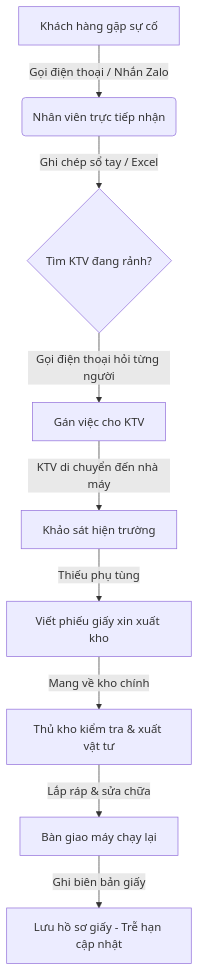
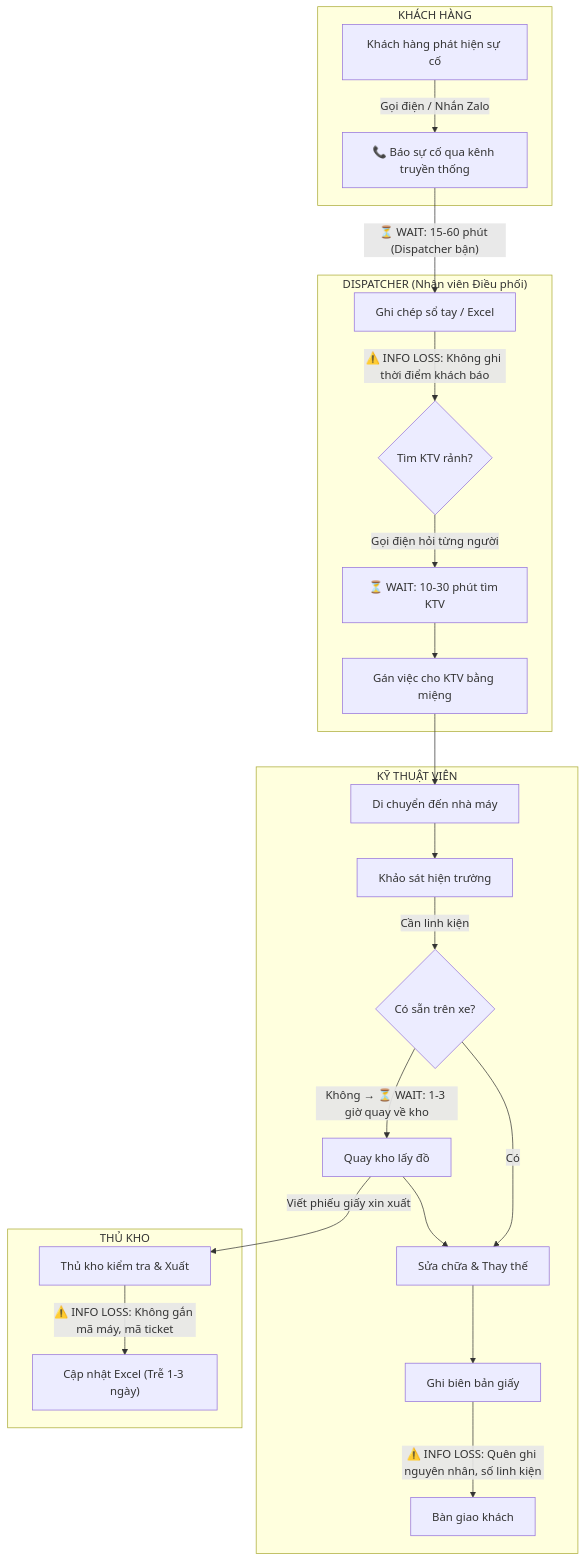
Before and after one commit to Baronger23/ERP.SmartHelpDesk: the first of 5 diagrams in docs/reports/midterm_report.md, drawn with Mermaid. The commit also changed other lines of this file and 23 other files, not shown here.

````diff
--- a/docs/reports/midterm_report.md
+++ b/docs/reports/midterm_report.md
@@ -72,11 +142,29 @@
 ```mermaid
 graph TD
-    A[Khách hàng gặp sự cố] -->|Gọi điện thoại / Nhắn Zalo| B(Nhân viên trực tiếp nhận)
-    B -->|Ghi chép sổ tay / Excel| C{Tìm KTV đang rảnh?}
-    C -->|Gọi điện thoại hỏi từng người| D[Gán việc cho KTV]
-    D -->|KTV di chuyển đến nhà máy| E[Khảo sát hiện trường]
-    E -->|Thiếu phụ tùng| F[Viết phiếu giấy xin xuất kho]
-    F -->|Mang về kho chính| G[Thủ kho kiểm tra & xuất vật tư]
-    G -->|Lắp ráp & sửa chữa| H[Bàn giao máy chạy lại]
-    H -->|Ghi biên bản giấy| I[Lưu hồ sơ giấy - Trễ hạn cập nhật]
+    subgraph "KHÁCH HÀNG"
+        A[Khách hàng phát hiện sự cố] -->|Gọi điện / Nhắn Zalo| B["📞 Báo sự cố qua kênh truyền thống"]
+    end
+
+    subgraph "DISPATCHER (Nhân viên Điều phối)"
+        B -->|"⏳ WAIT: 15-60 phút (Dispatcher bận)"| C["Ghi chép sổ tay / Excel"]
+        C -->|"⚠️ INFO LOSS: Không ghi thời điểm khách báo"| D{"Tìm KTV rảnh?"}
+        D -->|Gọi điện hỏi từng người| E["⏳ WAIT: 10-30 phút tìm KTV"]
+        E --> F[Gán việc cho KTV bằng miệng]
+    end
+
+    subgraph "KỸ THUẬT VIÊN"
+        F --> G[Di chuyển đến nhà máy]
+        G --> H[Khảo sát hiện trường]
+        H -->|Cần linh kiện| I{"Có sẵn trên xe?"}
+        I -->|"Không → ⏳ WAIT: 1-3 giờ quay về kho"| J[Quay kho lấy đồ]
+        I -->|Có| K[Sửa chữa & Thay thế]
+        J --> K
+        K --> L["Ghi biên bản giấy"]
+        L -->|"⚠️ INFO LOSS: Quên ghi nguyên nhân, số linh kiện"| M[Bàn giao khách]
+    end
+
+    subgraph "THỦ KHO"
+        J -->|Viết phiếu giấy xin xuất| N[Thủ kho kiểm tra & Xuất]
+        N -->|"⚠️ INFO LOSS: Không gắn mã máy, mã ticket"| O["Cập nhật Excel (Trễ 1-3 ngày)"]
+    end
 ```
````
